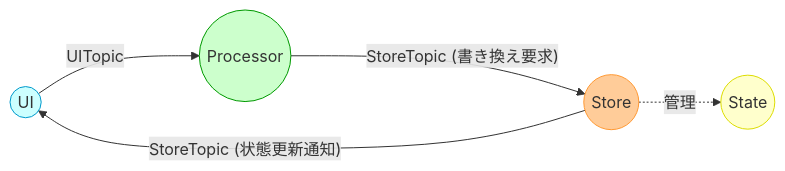
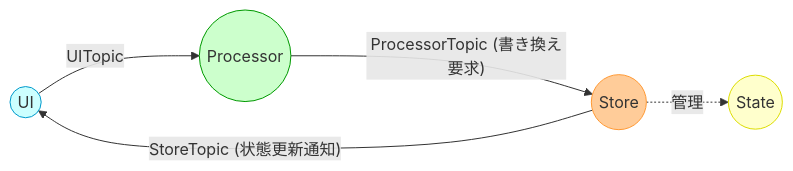
One commit to vavavavavavavavava/My_TechnicalDocuments changed the second of 2 diagrams in Observeパターン解説.md. Above: the diagram before and after it, drawn with Mermaid.

Commit message:
Observeパターン解説.md の更新
Processorトピックの改名忘れ修正

````diff
--- a/Observeパターン解説.md
+++ b/Observeパターン解説.md
@@ -99,18 +99,18 @@
 ```mermaid
 flowchart LR
     UI -- "UITopic" --> Processor
-    Processor -- "StoreTopic (書き換え要求)" --> Store
+    Processor -- "ProcessorTopic (書き換え要求)" --> Store
     Store -- "StoreTopic (状態更新通知)" --> UI
 
     classDef ui fill:#cff,stroke:#09c,stroke-width:1px
     classDef store fill:#fc9,stroke:#f93,stroke-width:1px
     classDef processor fill:#cfc,stroke:#090,stroke-width:1px
     classDef state fill:#ffc,stroke:#dd0,stroke-width:1px
 
     UI((UI)):::ui
     Processor((Processor)):::processor
     Store((Store)):::store
     State((State)):::state
 
     Store -. 管理 .-> State
 ```
````
